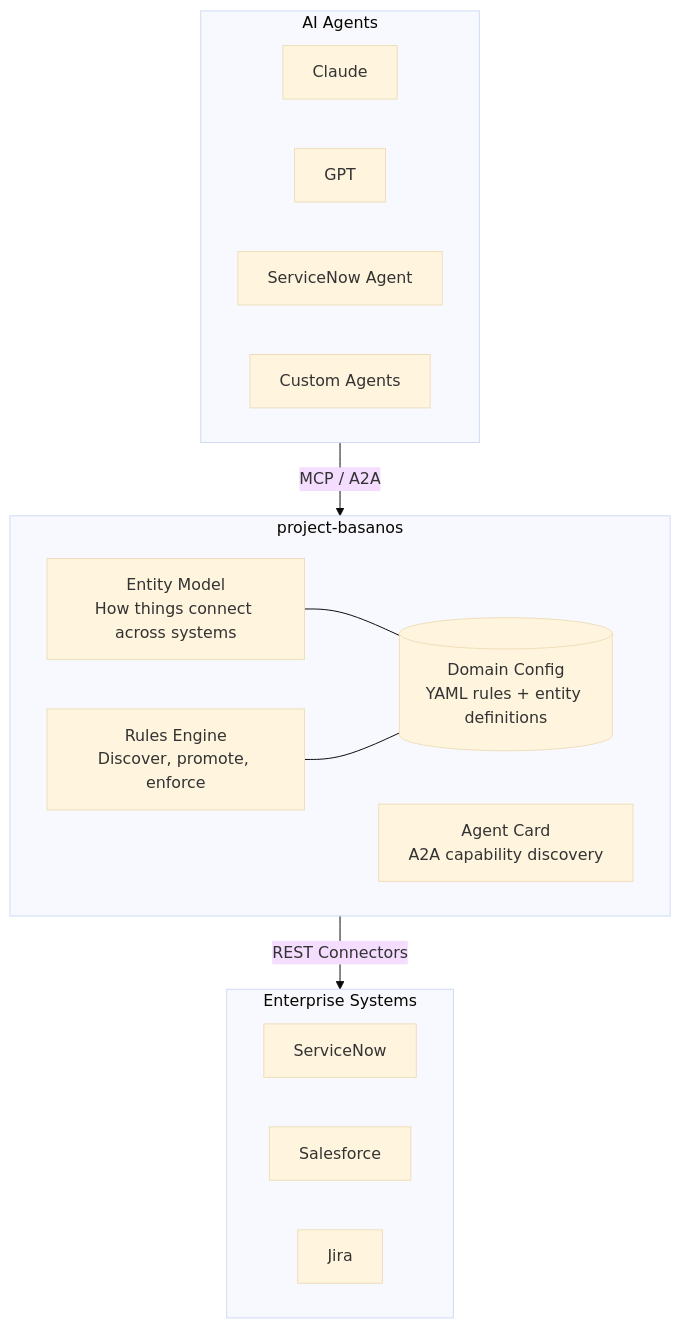
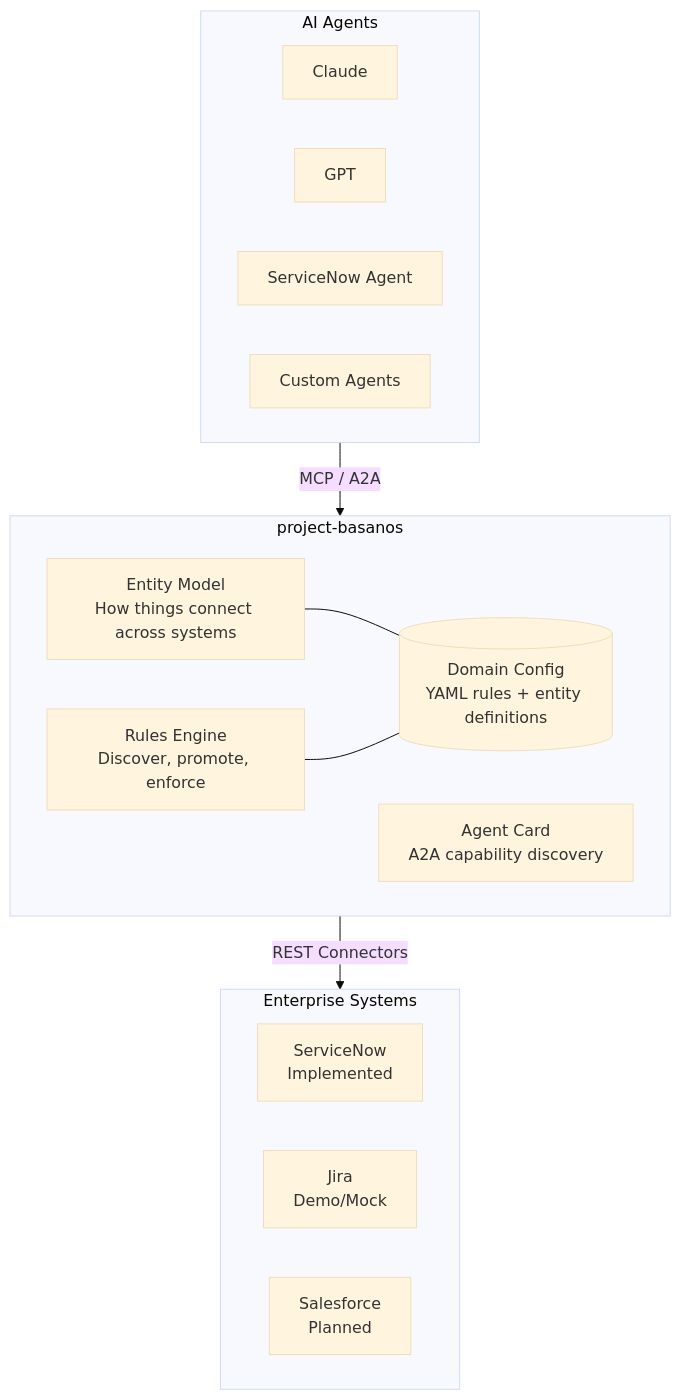
Before and after one commit to leojacinto/project-basanos: the first of 5 diagrams in README.md, drawn with Mermaid (base theme). The commit also changed other lines of this file, not shown here.

````diff
--- a/README.md
+++ b/README.md
@@ -30,27 +49,27 @@
 ```mermaid
 flowchart TD
     subgraph Agents["AI Agents"]
         A1[Claude]
         A2[GPT]
         A3[ServiceNow Agent]
         A4[Custom Agents]
     end
 
     subgraph Basanos["project-basanos"]
         OE[Entity Model<br/>How things connect across systems]
         CE[Rules Engine<br/>Discover, promote, enforce]
         AC[Agent Card<br/>A2A capability discovery]
         DS[(Domain Config<br/>YAML rules + entity definitions)]
         OE --- DS
         CE --- DS
     end
 
     subgraph Systems["Enterprise Systems"]
-        SN[ServiceNow]
-        SF[Salesforce]
-        JR[Jira]
+        SN[ServiceNow<br/>Implemented]
+        JR[Jira<br/>Demo/Mock]
+        SF[Salesforce<br/>Planned]
     end
 
     Agents -->|MCP / A2A| Basanos
     Basanos -->|REST Connectors| Systems
 ```
````
